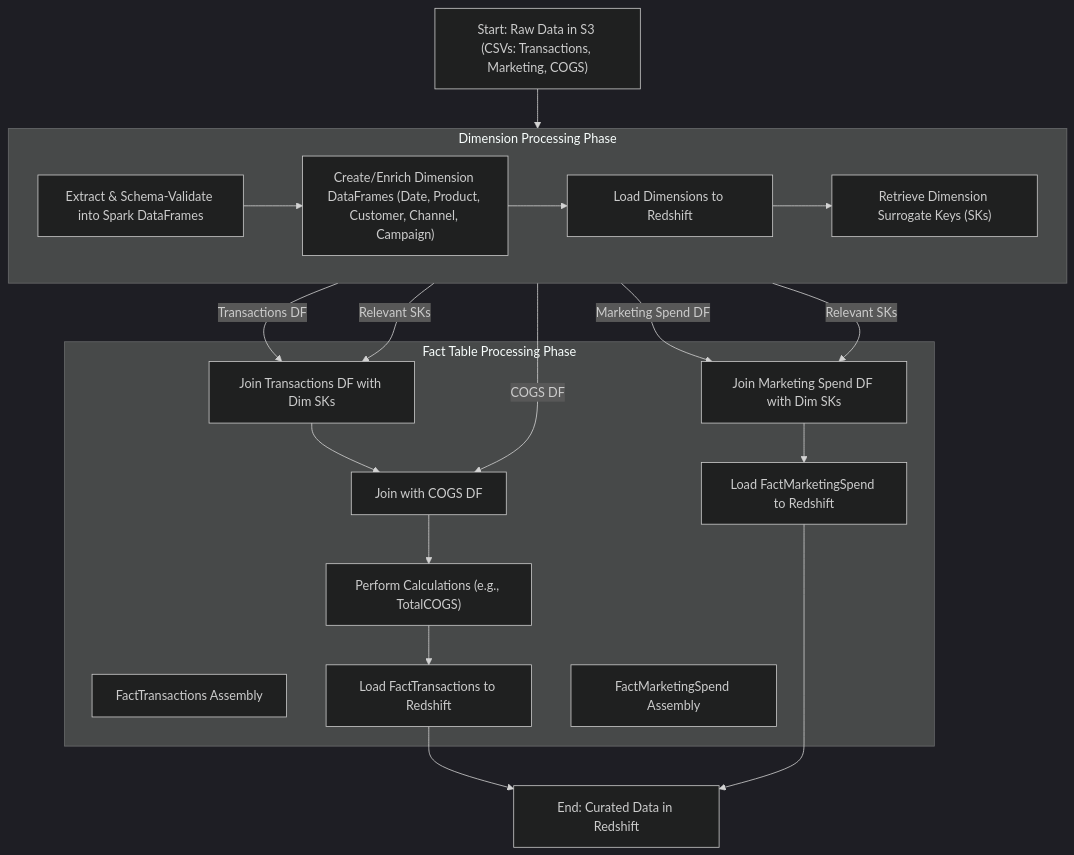
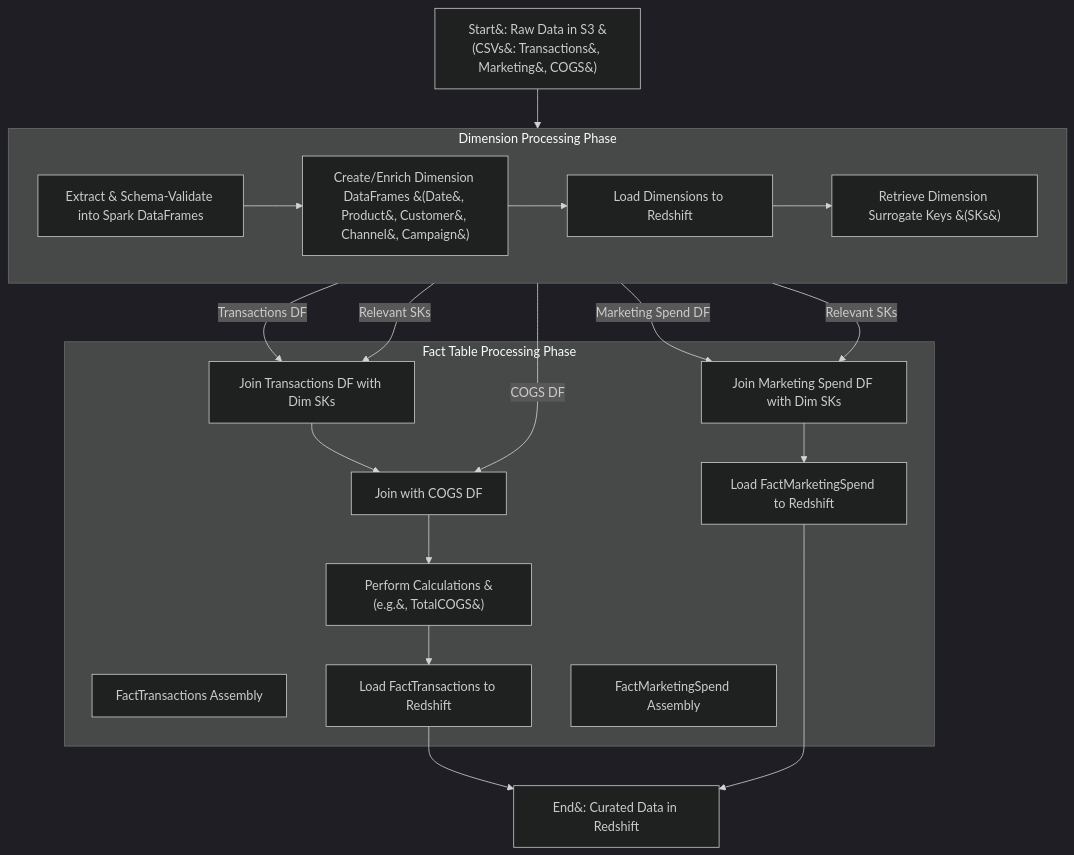
Before and after one commit to Harshul-ds/AWSFinanceAnalytics: the third of 3 diagrams in README.md, drawn with Mermaid (dark theme).

Commit message:
Fix: Use HTML entities in ETL Flowchart for robust Mermaid parsing

````diff
--- a/README.md
+++ b/README.md
@@ -184,29 +184,29 @@
 ```mermaid
 flowchart TD
-    A["Start: Raw Data in S3 (CSVs: Transactions, Marketing, COGS)"] --> B["Extract & Schema-Validate into Spark DataFrames"];
+    A["Start&#58; Raw Data in S3 &#40;CSVs&#58; Transactions&#44; Marketing&#44; COGS&#41;"] --> B["Extract &amp; Schema-Validate into Spark DataFrames"];
     
     subgraph Dimension Processing Phase
         direction LR
-        B --> D_Create["Create/Enrich Dimension DataFrames (Date, Product, Customer, Channel, Campaign)"];
+        B --> D_Create["Create/Enrich Dimension DataFrames &#40;Date&#44; Product&#44; Customer&#44; Channel&#44; Campaign&#41;"];
         D_Create --> D_Load["Load Dimensions to Redshift"];
-        D_Load --> D_SKs["Retrieve Dimension Surrogate Keys (SKs)"];
+        D_Load --> D_SKs["Retrieve Dimension Surrogate Keys &#40;SKs&#41;"];
     end
 
     subgraph Fact Table Processing Phase
         F_Trans_Header["FactTransactions Assembly"]
         B -- Transactions DF --> F_Trans_SKs_Join;
         B -- COGS DF --> F_Trans_COGS_Join;
         D_SKs -- Relevant SKs --> F_Trans_SKs_Join;
         F_Trans_SKs_Join["Join Transactions DF with Dim SKs"] --> F_Trans_COGS_Join["Join with COGS DF"];
-        F_Trans_COGS_Join --> F_Trans_Calc["Perform Calculations (e.g., TotalCOGS)"];
+        F_Trans_COGS_Join --> F_Trans_Calc["Perform Calculations &#40;e.g.&#44; TotalCOGS&#41;"];
         F_Trans_Calc --> F_Trans_Load["Load FactTransactions to Redshift"];
 
         F_Mktg_Header["FactMarketingSpend Assembly"]
         B -- Marketing Spend DF --> F_Mktg_SKs_Join;
         D_SKs -- Relevant SKs --> F_Mktg_SKs_Join;
         F_Mktg_SKs_Join["Join Marketing Spend DF with Dim SKs"] --> F_Mktg_Load["Load FactMarketingSpend to Redshift"];
     end
 
-    F_Trans_Load --> E["End: Curated Data in Redshift"];
+    F_Trans_Load --> E["End&#58; Curated Data in Redshift"];
     F_Mktg_Load  --> E;
 ```
````
